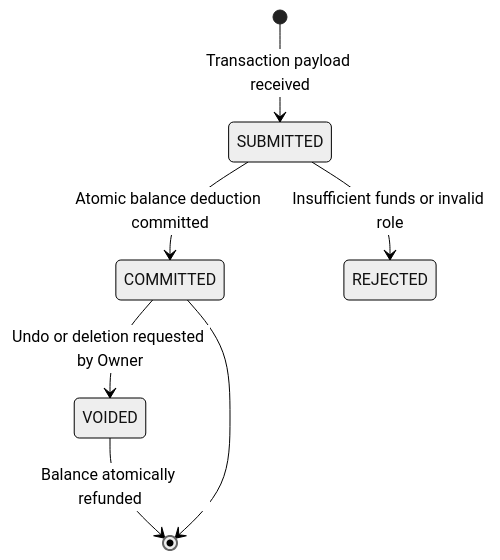
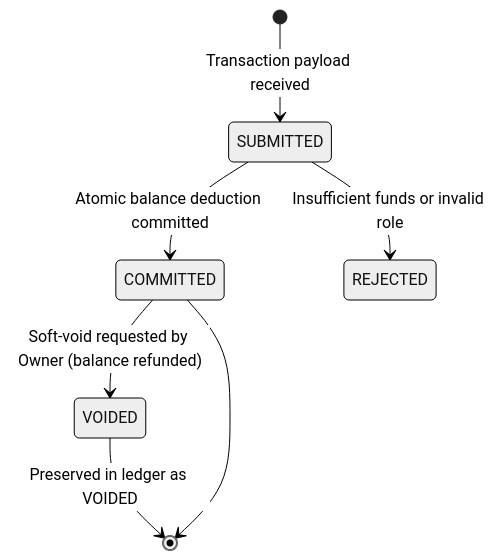
One commit to jcmendozav/expensetracker-monorepo changed the third of 6 diagrams in docs/designs/household_multi_budget_ledger.md. Above: the diagram before and after it, drawn with Mermaid (neutral theme). The commit also changed other lines of this file, not shown here.

Commit message:
docs: update household multi-budget ledger design

````diff
--- a/docs/designs/household_multi_budget_ledger.md
+++ b/docs/designs/household_multi_budget_ledger.md
@@ -50,9 +50,9 @@
 ```mermaid
 stateDiagram-v2
     [*] --> SUBMITTED: Transaction payload received
     SUBMITTED --> COMMITTED: Atomic balance deduction committed
     SUBMITTED --> REJECTED: Insufficient funds or invalid role
-    COMMITTED --> VOIDED: Undo or deletion requested by Owner
-    VOIDED --> [*]: Balance atomically refunded
+    COMMITTED --> VOIDED: Soft-void requested by Owner (balance refunded)
+    VOIDED --> [*]: Preserved in ledger as VOIDED
     COMMITTED --> [*]
 ```
````
